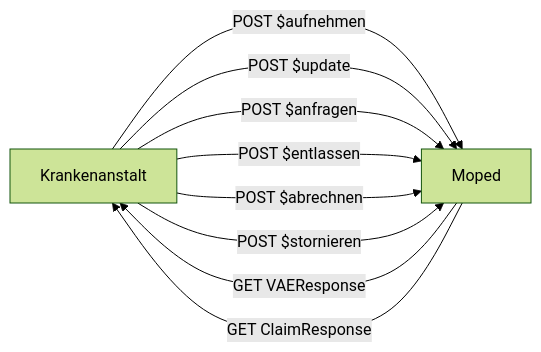
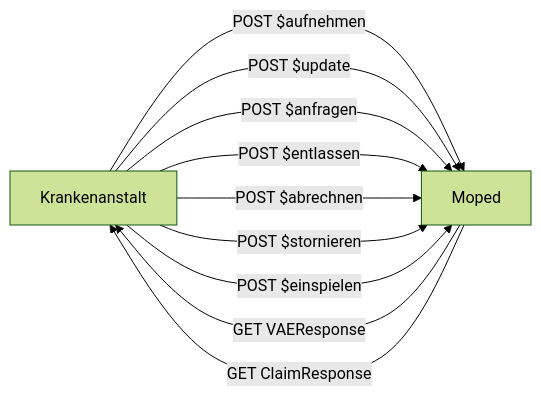
One commit to HL7Austria/ELGA-MOPED-R5 changed the first of 4 diagrams in input/pagecontent/actors.md. Above: the diagram before and after it, drawn with Mermaid (forest theme). The commit also changed 3 other files, not shown here.

```diff
--- a/input/pagecontent/actors.md
+++ b/input/pagecontent/actors.md
@@ -5,13 +5,14 @@
 <pre class="mermaid">
     graph LR
     KH[Krankenanstalt]
     Moped[Moped] 
     KH --->|POST $aufnehmen| Moped 
     KH -->|POST $update| Moped
     KH -->|POST $anfragen| Moped
     KH -->|POST $entlassen| Moped
     KH -->|POST $abrechnen| Moped
     KH -->|POST $stornieren| Moped
+    KH -->|POST $einspielen| Moped
     Moped -->|GET VAEResponse| KH
     Moped --->|GET ClaimResponse| KH
 </pre>  
```
